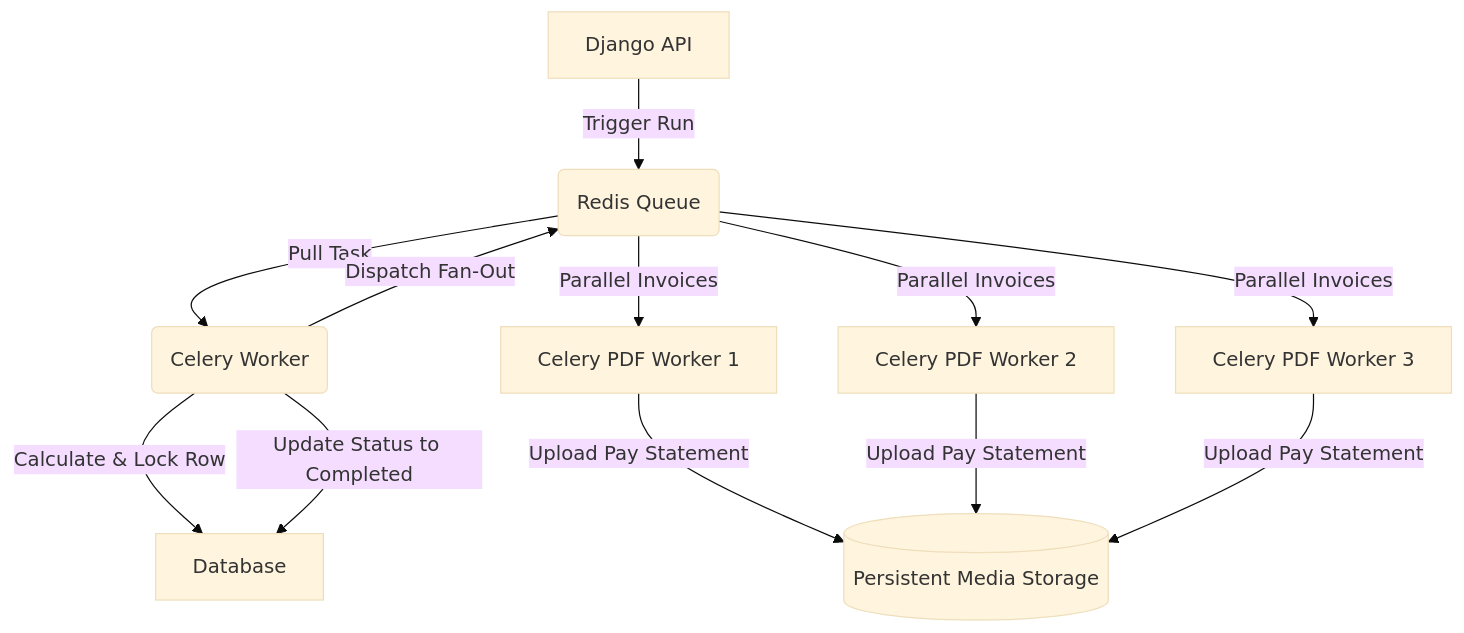
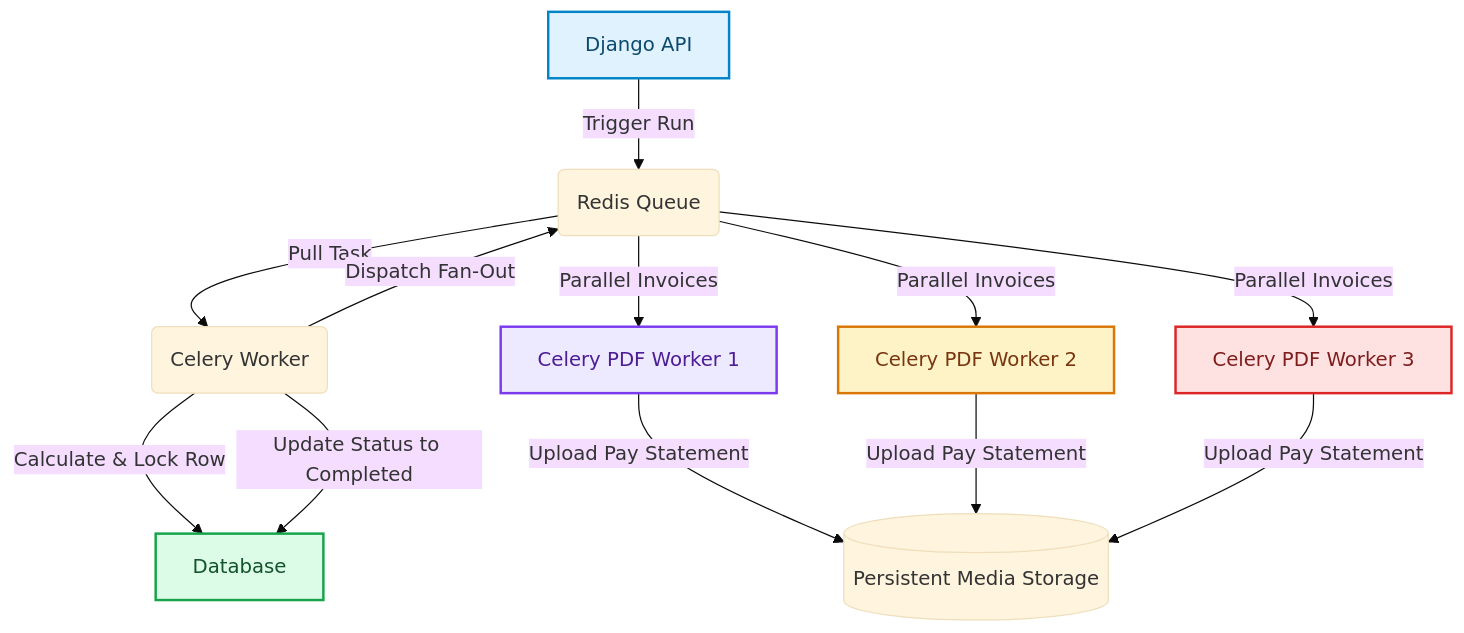
The diagram in blog/posts/django-async-payroll-engine.md (akmalkhaniub/akmalkhaniub.github.io), drawn with Mermaid (base theme) before and after one commit. The commit also changed other lines of this file and 1291 other files, not shown here.

First line of the commit message:
feat(catalog): unique covers, scholarly references, and diagram palettes

````diff
--- a/blog/posts/django-async-payroll-engine.md
+++ b/blog/posts/django-async-payroll-engine.md
@@ -30,14 +30,25 @@
 ```mermaid
 flowchart TD
-    A[Django API] -->|Trigger Run| B(Redis Queue)
+    A["Django API"] -->|Trigger Run| B(Redis Queue)
     B -->|Pull Task| C(Celery Worker)
-    C -->|Calculate & Lock Row| D[Database]
+    C -->|Calculate & Lock Row| D["Database"]
     C -->|Update Status to Completed| D
     C -->|Dispatch Fan-Out| B
-    B -->|Parallel Invoices| E[Celery PDF Worker 1]
-    B -->|Parallel Invoices| F[Celery PDF Worker 2]
-    B -->|Parallel Invoices| G[Celery PDF Worker 3]
+    B -->|Parallel Invoices| E["Celery PDF Worker 1"]
+    B -->|Parallel Invoices| F["Celery PDF Worker 2"]
+    B -->|Parallel Invoices| G["Celery PDF Worker 3"]
     E -->|Upload Pay Statement| H[(Persistent Media Storage)]
     F -->|Upload Pay Statement| H
     G -->|Upload Pay Statement| H
+
+classDef green fill:#dcfce7,stroke:#16a34a,stroke-width:2px,color:#14532d;
+classDef red fill:#fee2e2,stroke:#dc2626,stroke-width:2px,color:#7f1d1d;
+classDef blue fill:#e0f2fe,stroke:#0284c7,stroke-width:2px,color:#0c4a6e;
+classDef yellow fill:#fef3c7,stroke:#d97706,stroke-width:2px,color:#78350f;
+classDef purple fill:#ede9fe,stroke:#7c3aed,stroke-width:2px,color:#4c1d95;
+class A blue
+class D green
+class E purple
+class F yellow
+class G red
 ```
````
